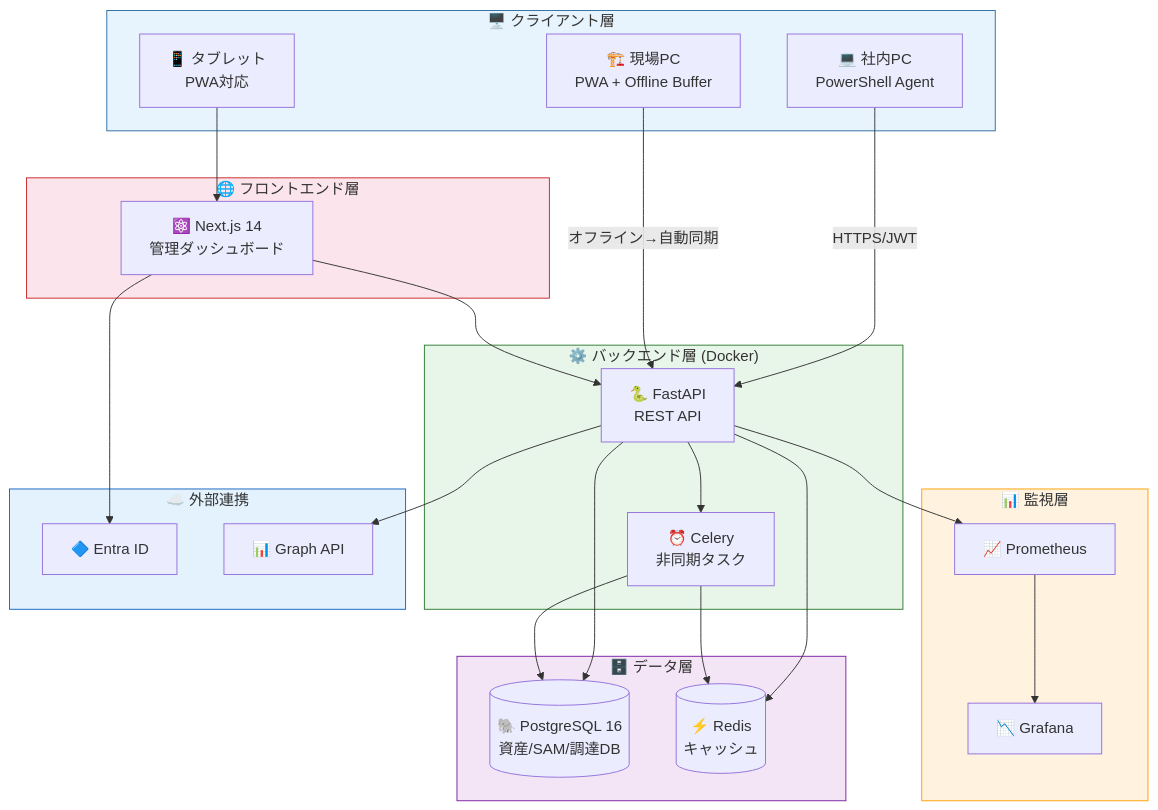
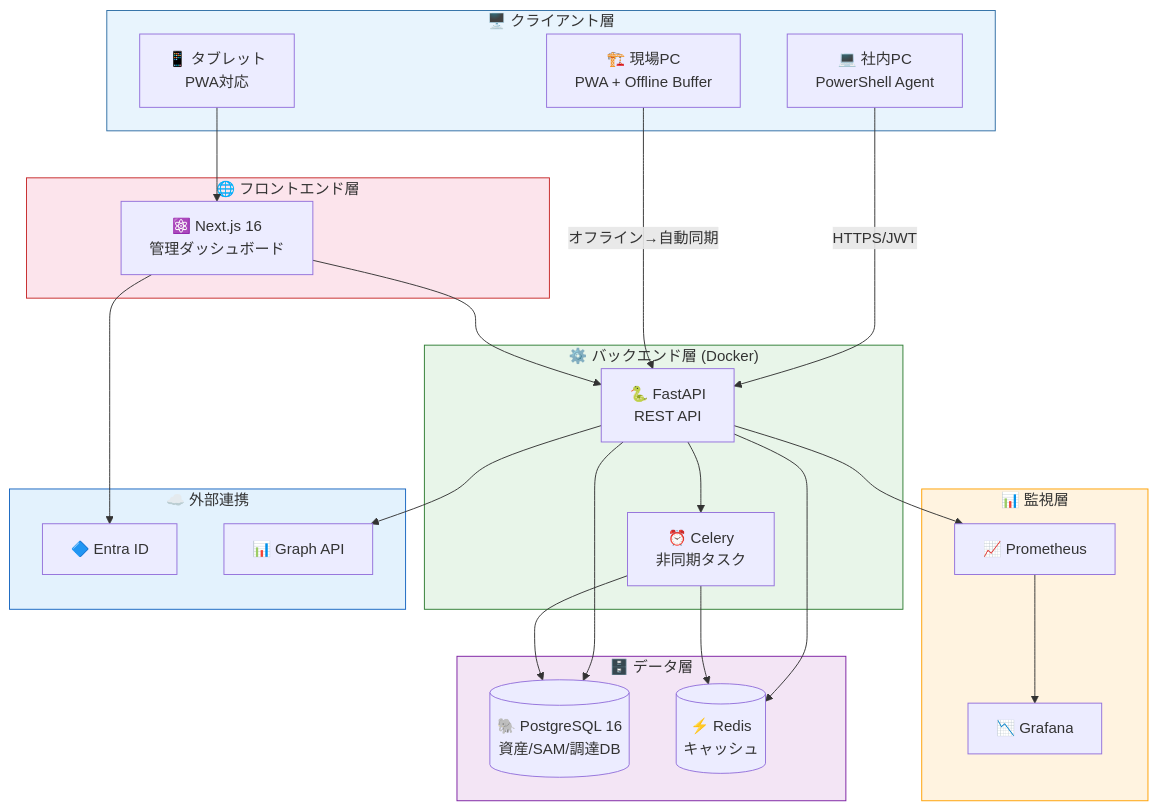
One commit to Kensan196948G/AEGIS-SIGHT changed the second of 4 diagrams in README.md. Above: the diagram before and after it, drawn with Mermaid. The commit also changed other lines of this file, not shown here.

````diff
--- a/README.md
+++ b/README.md
@@ -179,53 +179,53 @@
 ```mermaid
 graph TB
     subgraph CLIENT["🖥️ クライアント層"]
         PC["💻 社内PC<br/>PowerShell Agent"]
         FIELD["🏗️ 現場PC<br/>PWA + Offline Buffer"]
         TABLET["📱 タブレット<br/>PWA対応"]
     end
 
     subgraph BACKEND["⚙️ バックエンド層 (Docker)"]
         API["🐍 FastAPI<br/>REST API"]
         CELERY["⏰ Celery<br/>非同期タスク"]
     end
 
     subgraph DATA["🗄️ データ層"]
         PG[("🐘 PostgreSQL 16<br/>資産/SAM/調達DB")]
         REDIS[("⚡ Redis<br/>キャッシュ")]
     end
 
     subgraph MONITOR["📊 監視層"]
         PROM["📈 Prometheus"]
         GRAF["📉 Grafana"]
     end
 
     subgraph FRONTEND["🌐 フロントエンド層"]
-        WEB["⚛️ Next.js 14<br/>管理ダッシュボード"]
+        WEB["⚛️ Next.js 16<br/>管理ダッシュボード"]
     end
 
     subgraph EXTERNAL["☁️ 外部連携"]
         ENTRA["🔷 Entra ID"]
         GRAPH["📊 Graph API"]
     end
 
     PC -->|HTTPS/JWT| API
     FIELD -->|オフライン→自動同期| API
     TABLET --> WEB
     API --> PG
     API --> REDIS
     API --> CELERY
     CELERY --> PG
     CELERY --> REDIS
     API --> PROM
     PROM --> GRAF
     WEB --> API
     WEB --> ENTRA
     API --> GRAPH
 
     style CLIENT fill:#E8F4FD,stroke:#2E6DA4
     style BACKEND fill:#E8F5E9,stroke:#2E7D32
     style DATA fill:#F3E5F5,stroke:#7B1FA2
     style MONITOR fill:#FFF3E0,stroke:#FFA000
     style FRONTEND fill:#FCE4EC,stroke:#C62828
     style EXTERNAL fill:#E3F2FD,stroke:#1565C0
 ```
````
